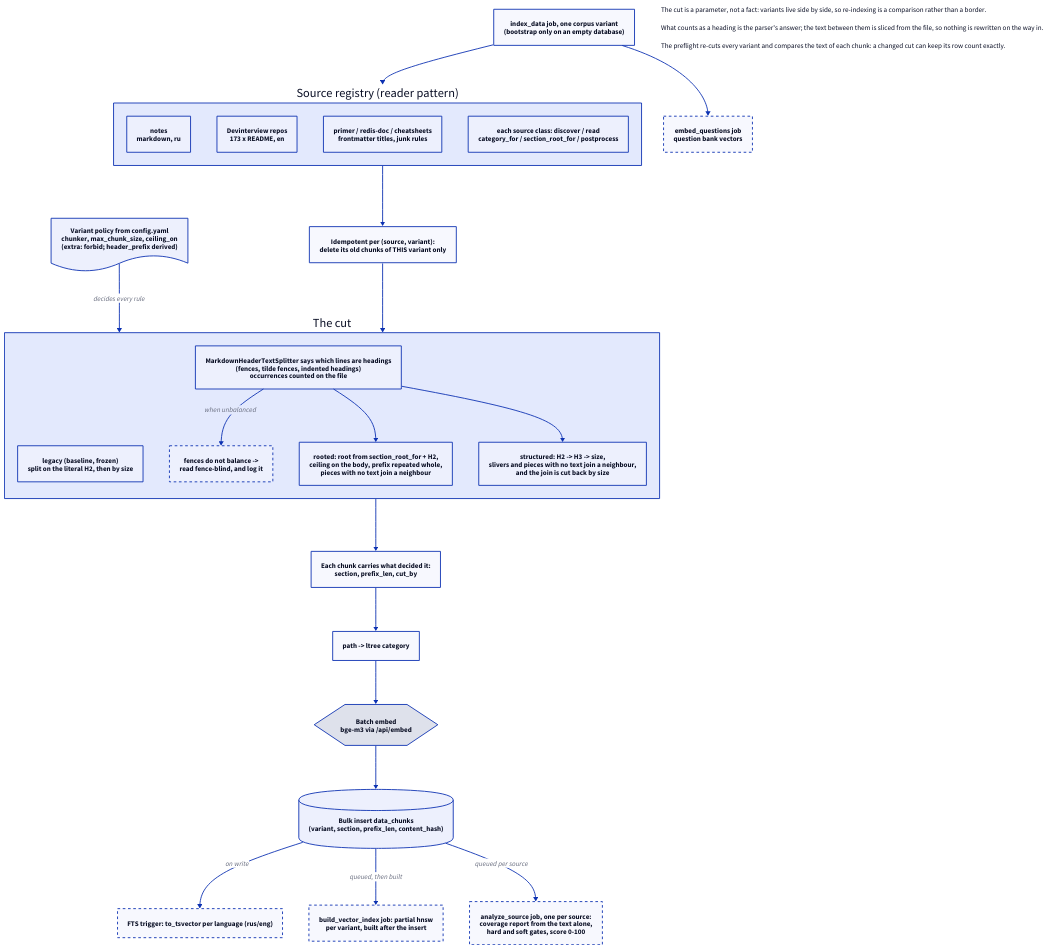
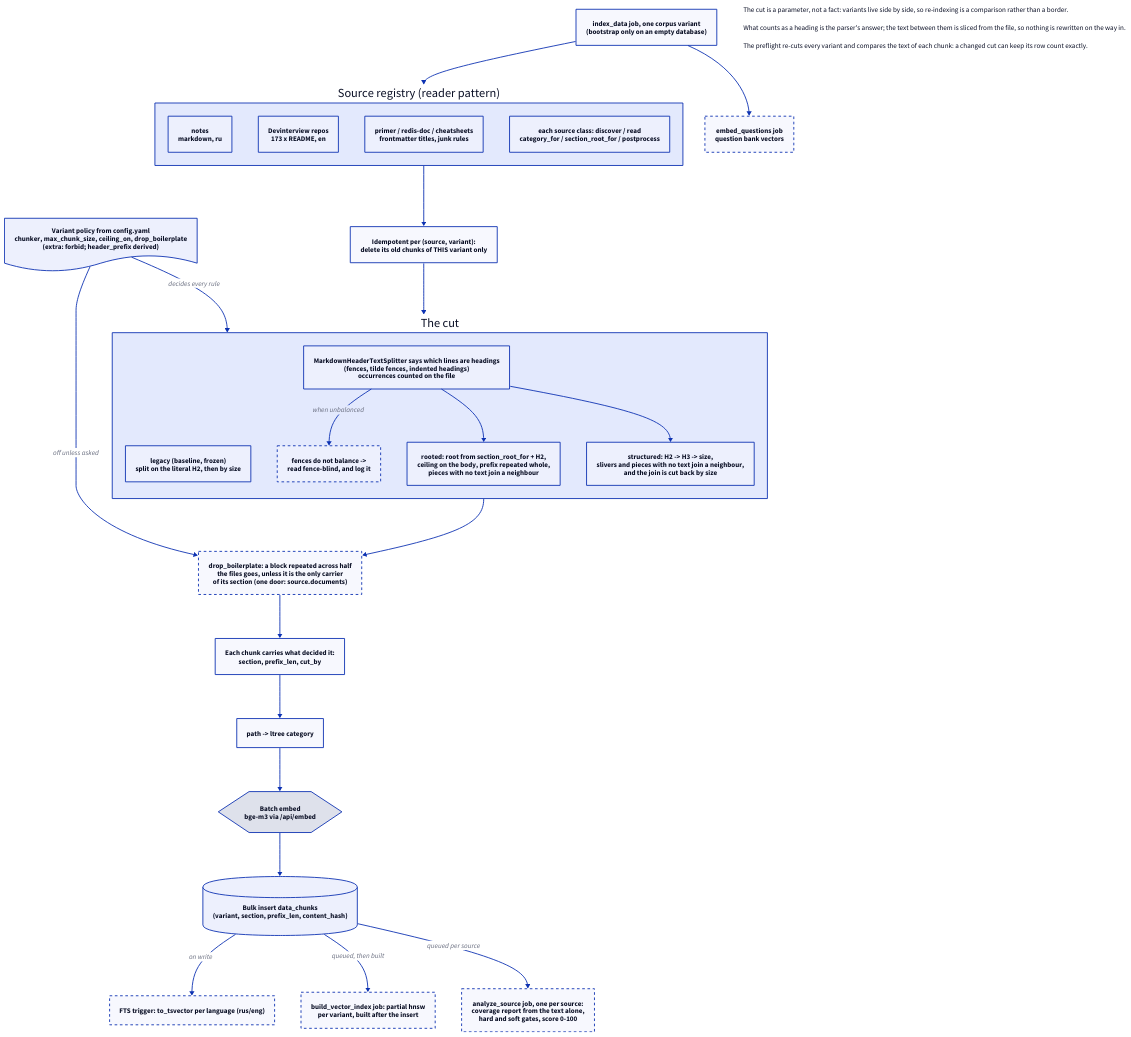
Before and after one commit to rikitikitav1/rag-lab: the diagram in docs/diagrams/ingestion.d2, drawn with D2. The commit also changed 14 other files, not shown here.

```diff
--- a/docs/diagrams/ingestion.d2
+++ b/docs/diagrams/ingestion.d2
@@ -1,79 +1,84 @@
 direction: down
 
 trigger: "index_data job, one corpus variant\n(bootstrap only on an empty database)"
 
 sources: Source registry (reader pattern) {
   direction: right
   notes: notes\nmarkdown, ru
   interview: Devinterview repos\n173 x README, en
   docs: primer / redis-doc / cheatsheets\nfrontmatter titles, junk rules
   hooks: "each source class: discover / read\ncategory_for / section_root_for / postprocess"
 }
 
-policy: "Variant policy from config.yaml\nchunker, max_chunk_size, ceiling_on\n(extra: forbid; header_prefix derived)" {
+policy: "Variant policy from config.yaml\nchunker, max_chunk_size, ceiling_on, drop_boilerplate\n(extra: forbid; header_prefix derived)" {
   shape: document
 }
 
 idem: "Idempotent per (source, variant):\ndelete its old chunks of THIS variant only"
 
 cut: The cut {
   direction: down
   legacy: "legacy (baseline, frozen)\nsplit on the literal H2, then by size"
   marks: "MarkdownHeaderTextSplitter says which lines are headings\n(fences, tilde fences, indented headings)\noccurrences counted on the file"
   fallback: "fences do not balance ->\nread fence-blind, and log it" {
     style.stroke-dash: 3
   }
   rooted: "rooted: root from section_root_for + H2,\nceiling on the body, prefix repeated whole,\npieces with no text join a neighbour"
   structured: "structured: H2 -> H3 -> size,\nslivers and pieces with no text join a neighbour,\nand the join is cut back by size"
   marks -> fallback: when unbalanced
   marks -> rooted
   marks -> structured
+}
+
+boiler: "drop_boilerplate: a block repeated across half\nthe files goes, unless it is the only carrier\nof its section (one door: source.documents)" {
+  style.stroke-dash: 3
 }
 
 record: "Each chunk carries what decided it:\nsection, prefix_len, cut_by"
 
 cat: "path -> ltree category"
 embed: Batch embed\nbge-m3 via /api/embed {
   shape: hexagon
 }
 insert: "Bulk insert data_chunks\n(variant, section, prefix_len, content_hash)" {
   shape: cylinder
 }
 
 idx: "build_vector_index job: partial hnsw\nper variant, built after the insert" {
   style.stroke-dash: 3
 }
 tsv: "FTS trigger: to_tsvector per language (rus/eng)" {
   style.stroke-dash: 3
 }
 
 quality: "analyze_source job, one per source:\ncoverage report from the text alone,\nhard and soft gates, score 0-100" {
   style.stroke-dash: 3
 }
 
 questions: embed_questions job\nquestion bank vectors {
   style.stroke-dash: 3
 }
 
 trigger -> sources
 policy -> cut: decides every rule
-sources -> idem -> cut -> record -> cat -> embed -> insert
+policy -> boiler: off unless asked
+sources -> idem -> cut -> boiler -> record -> cat -> embed -> insert
 insert -> tsv: on write
 insert -> idx: queued, then built
 insert -> quality: queued per source
 trigger -> questions
 
 note: |md
   The cut is a parameter, not a fact: variants
   live side by side, so re-indexing is a
   comparison rather than a border.
 
   What counts as a heading is the parser's
   answer; the text between them is sliced from
   the file, so nothing is rewritten on the way
   in.
 
   The preflight re-cuts every variant and
   compares the text of each chunk: a changed cut
   can keep its row count exactly.
 |
```
